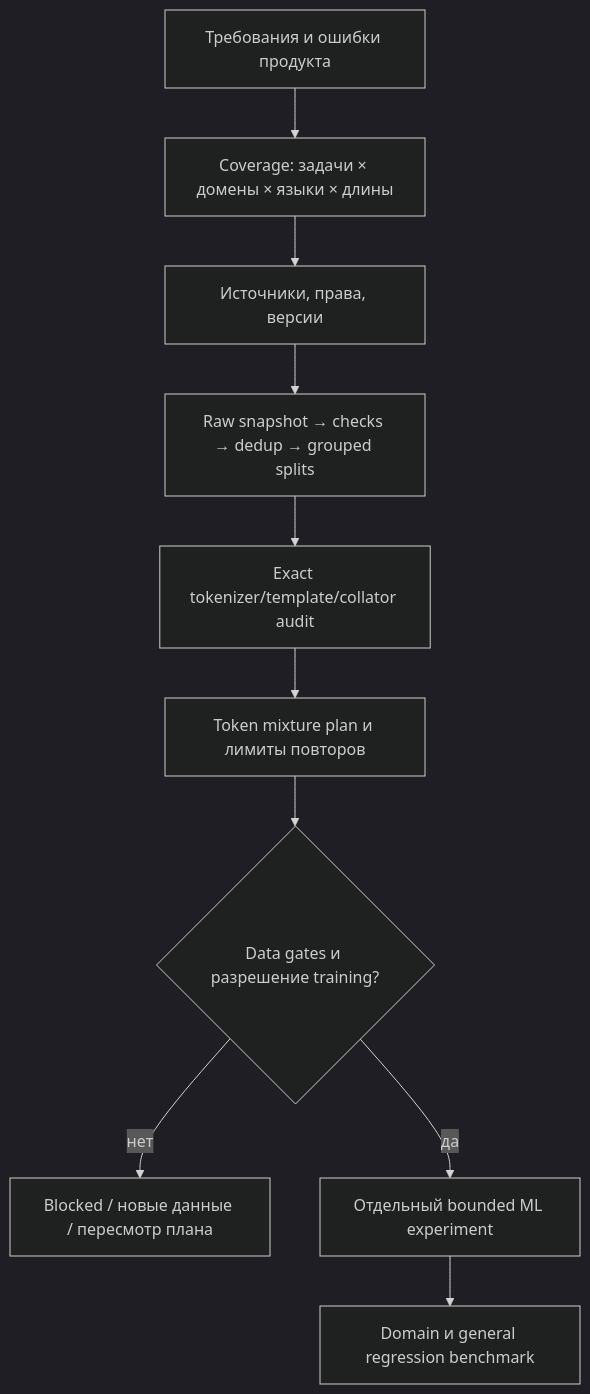
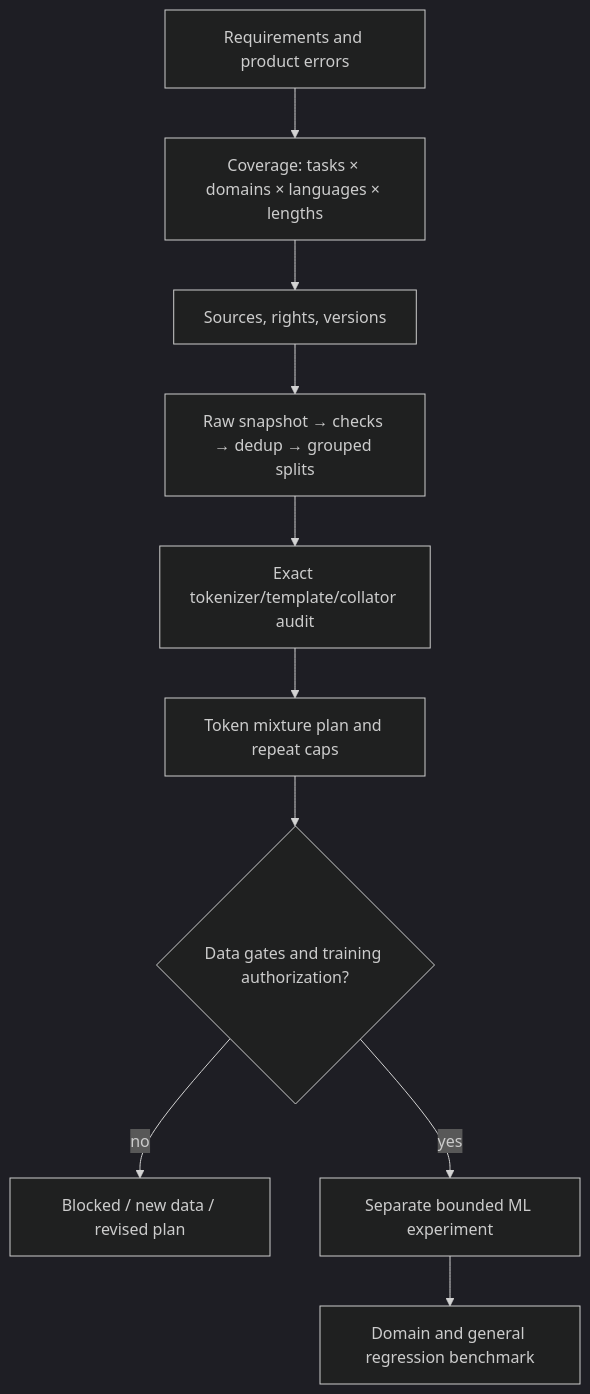
One commit to zxc0zxc0zxc/palarran-framework changed the diagram in docs/ml/data/README.md. Above: the diagram before and after it, drawn with Mermaid (dark theme). The commit also changed other lines of this file and 783 other files, not shown here.

````diff
--- a/docs/ml/data/README.md
+++ b/docs/ml/data/README.md
@@ -7,12 +7,12 @@
 ```mermaid
 flowchart TD
-  R[Требования и ошибки продукта] --> P[Coverage: задачи × домены × языки × длины]
-  P --> S[Источники, права, версии]
+  R[Requirements and product errors] --> P[Coverage: tasks × domains × languages × lengths]
+  P --> S[Sources, rights, versions]
   S --> C[Raw snapshot → checks → dedup → grouped splits]
   C --> A[Exact tokenizer/template/collator audit]
-  A --> M[Token mixture plan и лимиты повторов]
-  M --> G{Data gates и разрешение training?}
-  G -->|нет| B[Blocked / новые данные / пересмотр плана]
-  G -->|да| T[Отдельный bounded ML experiment]
-  T --> E[Domain и general regression benchmark]
+  A --> M[Token mixture plan and repeat caps]
+  M --> G{Data gates and training authorization?}
+  G -->|no| B[Blocked / new data / revised plan]
+  G -->|yes| T[Separate bounded ML experiment]
+  T --> E[Domain and general regression benchmark]
 ```
````
